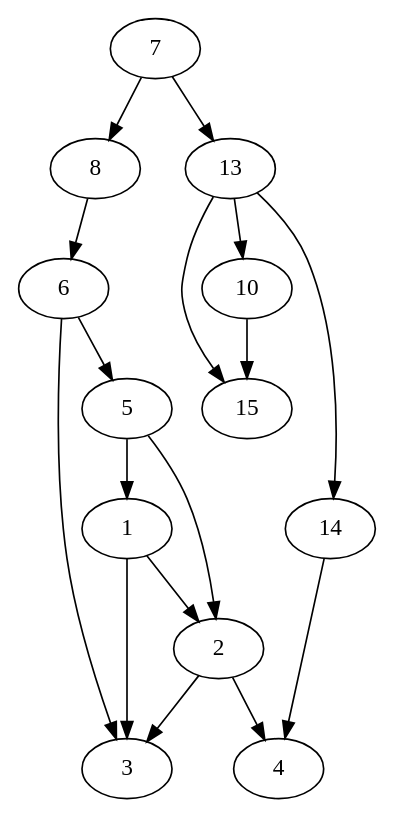
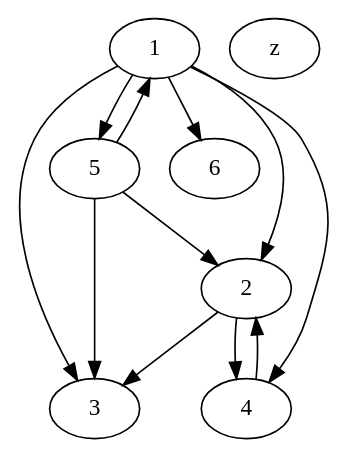
One commit to hoanghailongvn/HUST_OOP changed the diagram in src/output/dot/all.dot. Above: the diagram before and after it, drawn with Graphviz. The commit also changed 11 other files, not shown here.

```diff
--- a/src/output/dot/all.dot
+++ b/src/output/dot/all.dot
@@ -1,18 +1,20 @@
 strict digraph myGraph {
+1
 1 -> 2
 1 -> 3
+1 -> 6
+1 -> 5
+1 -> 4
+2
 2 -> 3
 2 -> 4
+3
+4
+4 -> 2
+5
+5 -> 3
+5 -> 2
 5 -> 1
-5 -> 2
-6 -> 3
-6 -> 5
-7 -> 8
-13 -> 14
-8 -> 6
-7 -> 13
-14 -> 4
-13 -> 15
-13 -> 10
-10 -> 15
+6
+z
 }
```
